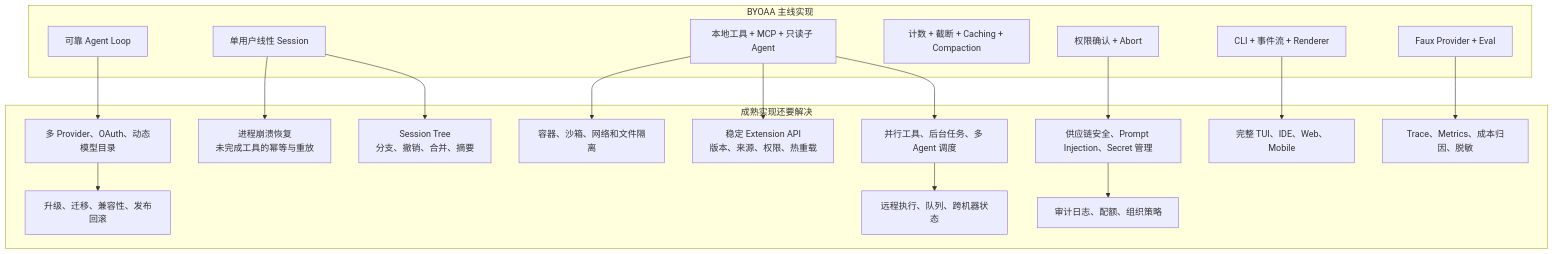
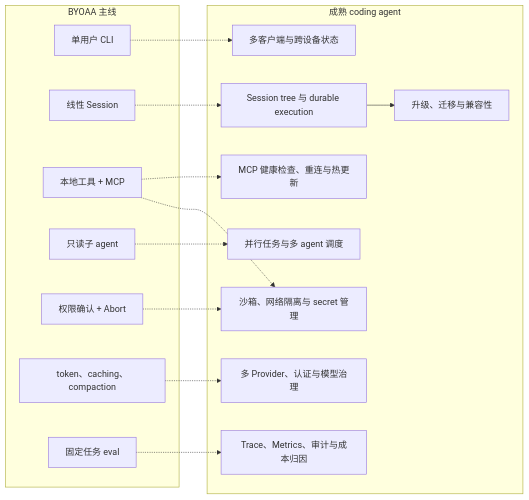
The fifth of 5 diagrams in AGENT-ARCHITECTURE.md (haoofun/build-your-own-ai-agent), drawn with Mermaid before and after one commit. The commit also changed other lines of this file, not shown here.

Commit message:
Simplify final agent architecture

````diff
--- a/AGENT-ARCHITECTURE.md
+++ b/AGENT-ARCHITECTURE.md
@@ -760,40 +371,33 @@
 ```mermaid
-flowchart TB
-    subgraph Built["BYOAA 主线实现"]
-        Core["可靠 Agent Loop"]
-        Session["单用户线性 Session"]
-        Tools["本地工具 + MCP + 只读子 Agent"]
-        Context["计数 + 截断 + Caching + Compaction"]
-        Safety["权限确认 + Abort"]
-        UX["CLI + 事件流 + Renderer"]
-        Test["Faux Provider + Eval"]
+flowchart LR
+    subgraph BYOAA["BYOAA 主线"]
+        B1["单用户 CLI"]
+        B2["线性 Session"]
+        B3["本地工具 + MCP"]
+        B4["只读子 agent"]
+        B5["权限确认 + Abort"]
+        B6["token、caching、compaction"]
+        B7["固定任务 eval"]
     end
 
-    subgraph Mature["成熟实现还要解决"]
-        MultiProvider["多 Provider、OAuth、动态模型目录"]
-        Durable["进程崩溃恢复<br/>未完成工具的幂等与重放"]
-        SessionTree["Session Tree<br/>分支、撤销、合并、摘要"]
-        Sandbox["容器、沙箱、网络和文件隔离"]
-        Extension["稳定 Extension API<br/>版本、来源、权限、热重载"]
-        Concurrency["并行工具、后台任务、多 Agent 调度"]
-        Distributed["远程执行、队列、跨机器状态"]
-        Observability["Trace、Metrics、成本归因、脱敏"]
-        Security["供应链安全、Prompt Injection、Secret 管理"]
-        Governance["审计日志、配额、组织策略"]
-        UI["完整 TUI、IDE、Web、Mobile"]
-        Operations["升级、迁移、兼容性、发布回滚"]
+    subgraph Production["成熟 coding agent"]
+        P1["多客户端与跨设备状态"]
+        P2["Session tree 与 durable execution"]
+        P3["沙箱、网络隔离与 secret 管理"]
+        P4["并行任务与多 agent 调度"]
+        P5["多 Provider、认证与模型治理"]
+        P6["MCP 健康检查、重连与热更新"]
+        P7["Trace、Metrics、审计与成本归因"]
+        P8["升级、迁移与兼容性"]
     end
 
-    Core --> MultiProvider
-    Session --> Durable
-    Session --> SessionTree
-    Tools --> Sandbox
-    Tools --> Extension
-    Tools --> Concurrency
-    Concurrency --> Distributed
-    UX --> UI
-    Test --> Observability
-    Safety --> Security
-    Security --> Governance
-    MultiProvider --> Operations
+    B1 -.-> P1
+    B2 -.-> P2
+    B3 -.-> P3
+    B4 -.-> P4
+    B5 -.-> P3
+    B6 -.-> P5
+    B3 -.-> P6
+    B7 -.-> P7
+    P2 --> P8
 ```
````
